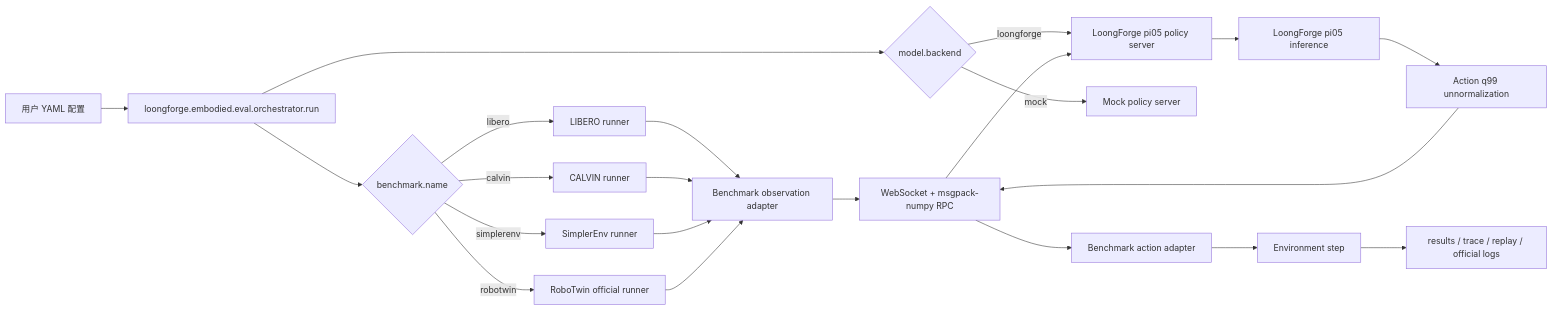
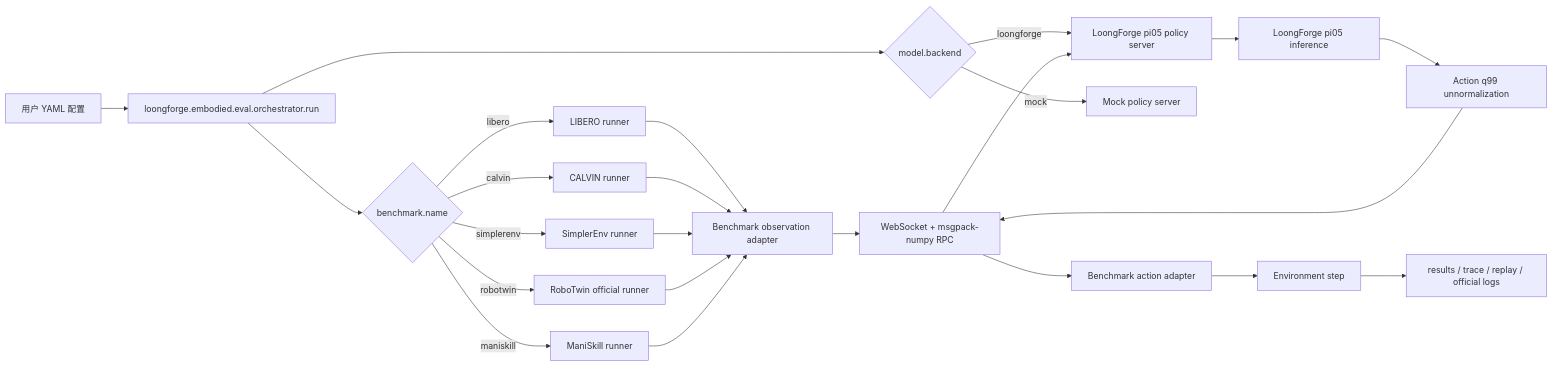
Before and after one commit to NeosZhang/LoongForge: the diagram in loongforge/embodied/eval/user_guide.md, drawn with Mermaid. The commit also changed other lines of this file and 15 other files, not shown here.

````diff
--- a/loongforge/embodied/eval/user_guide.md
+++ b/loongforge/embodied/eval/user_guide.md
@@ -17,24 +17,26 @@
 ```mermaid
 flowchart LR
     A[用户 YAML 配置] --> B[loongforge.embodied.eval.orchestrator.run]
     B --> C{benchmark.name}
     C -->|libero| D[LIBERO runner]
     C -->|calvin| Q[CALVIN runner]
     C -->|simplerenv| E[SimplerEnv runner]
     C -->|robotwin| F[RoboTwin official runner]
+    C -->|maniskill| R[ManiSkill runner]
     B --> G{model.backend}
     G -->|loongforge| H[LoongForge pi05 policy server]
     G -->|mock| I[Mock policy server]
     D --> J[Benchmark observation adapter]
     Q --> J
     E --> J
     F --> J
+    R --> J
     J --> K[WebSocket + msgpack-numpy RPC]
     K --> H
     H --> L[LoongForge pi05 inference]
     L --> M[Action q99 unnormalization]
     M --> K
     K --> N[Benchmark action adapter]
     N --> O[Environment step]
     O --> P[results / trace / replay / official logs]
 ```
````
